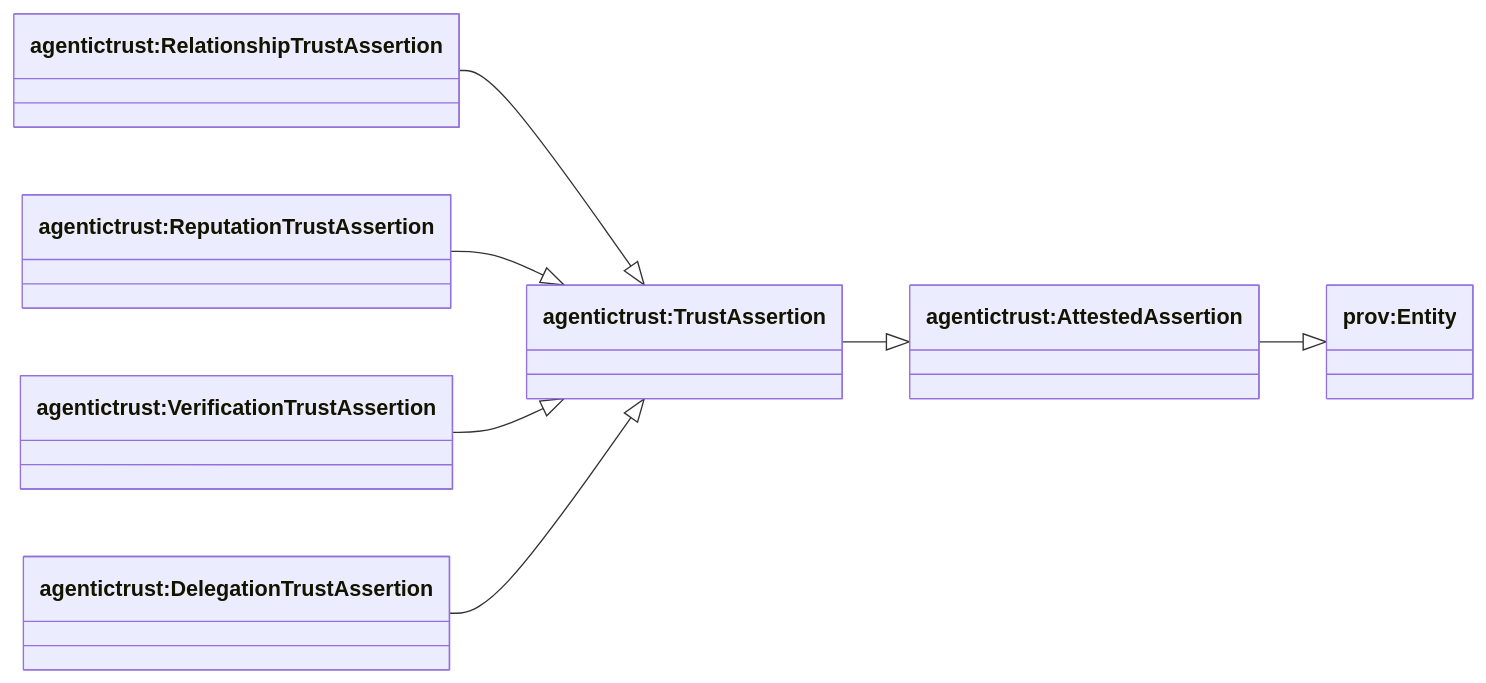
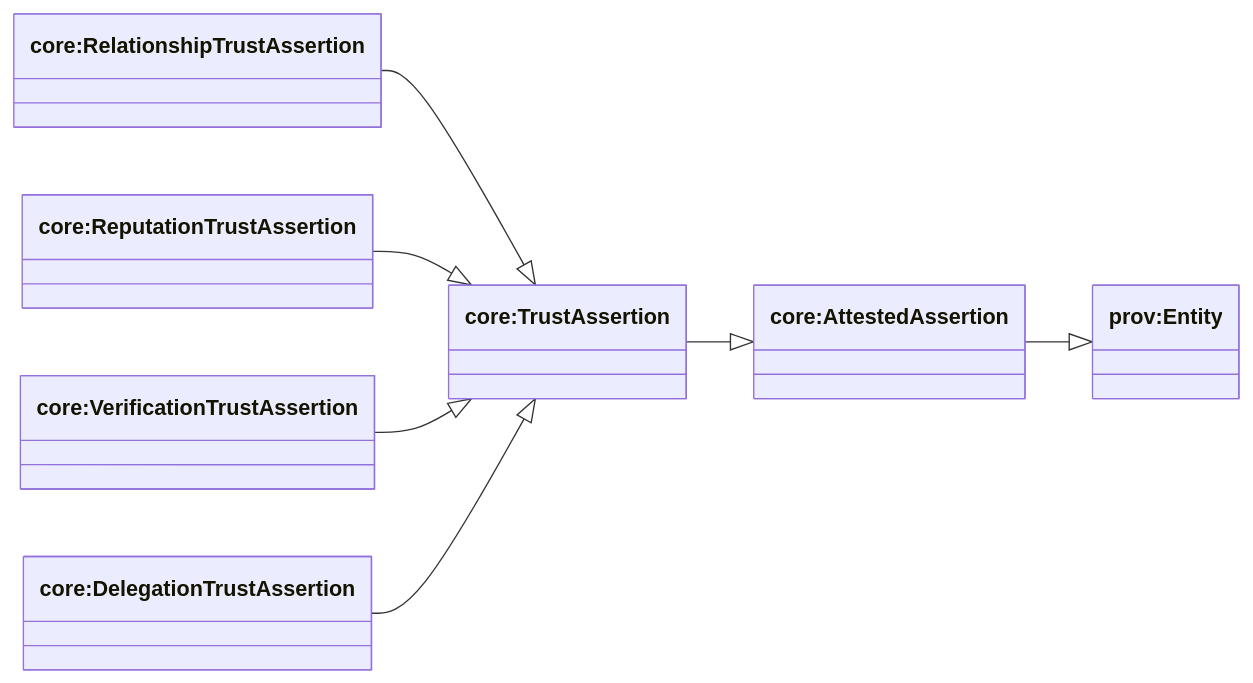
The third of 9 diagrams in docs/ontology/situation.md (Agentic-Trust-Layer/agent-explorer), drawn with Mermaid before and after one commit. The commit also changed other lines of this file and 49 other files, not shown here.

````diff
--- a/docs/ontology/situation.md
+++ b/docs/ontology/situation.md
@@ -91,19 +91,19 @@
 ```mermaid
 classDiagram
 direction LR
 
 class provEntity["prov:Entity"]
-class AttestedAssertion["agentictrust:AttestedAssertion"]
-class TrustAssertion["agentictrust:TrustAssertion"]
-class RelationshipAssertion["agentictrust:RelationshipTrustAssertion"]
-class ReputationAssertion["agentictrust:ReputationTrustAssertion"]
-class VerificationAssertion["agentictrust:VerificationTrustAssertion"]
-class DelegationAssertion["agentictrust:DelegationTrustAssertion"]
+class AttestedAssertion["core:AttestedAssertion"]
+class TrustAssertion["core:TrustAssertion"]
+class RelationshipAssertion["core:RelationshipTrustAssertion"]
+class ReputationAssertion["core:ReputationTrustAssertion"]
+class VerificationAssertion["core:VerificationTrustAssertion"]
+class DelegationAssertion["core:DelegationTrustAssertion"]
 
 AttestedAssertion --|> provEntity
 TrustAssertion --|> AttestedAssertion
 RelationshipAssertion --|> TrustAssertion
 ReputationAssertion --|> TrustAssertion
 VerificationAssertion --|> TrustAssertion
 DelegationAssertion --|> TrustAssertion
 ```
````
